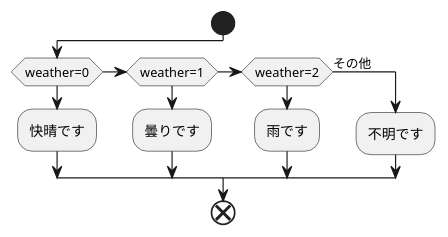
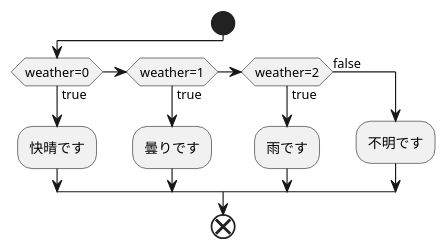
One commit to Aso2001192/2021sys-design changed the diagram in uml042303.md. Above: the diagram before and after it, drawn with PlantUML.

````diff
--- a/uml042303.md
+++ b/uml042303.md
@@ -1,15 +1,15 @@
 ```uml
 @startuml
 start
-if(weather=0)then
+if(weather=0)then(true)
 :快晴です;
-else if(weather=1)then
+else if(weather=1)then(true)
 :曇りです;
-else if(weather=2)then
+else if(weather=2)then(true)
 :雨です;
-else(その他)
+else(false)
 :不明です;
 endif
 end
 @enduml
 ```
````
